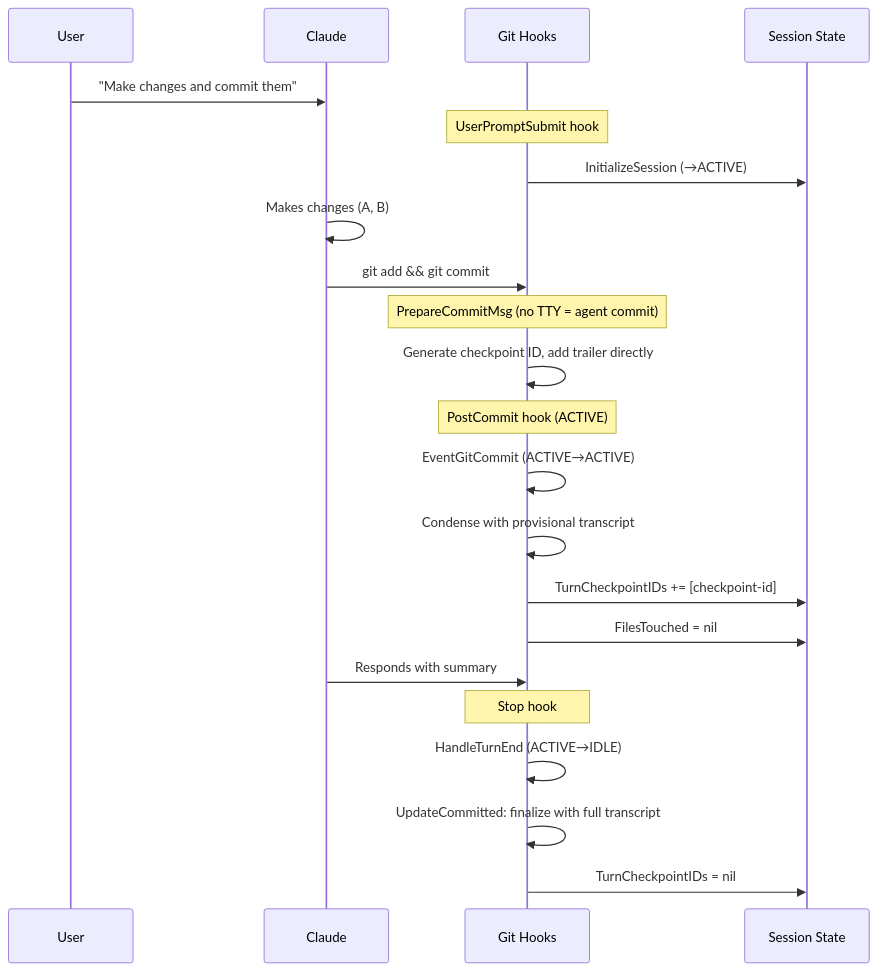
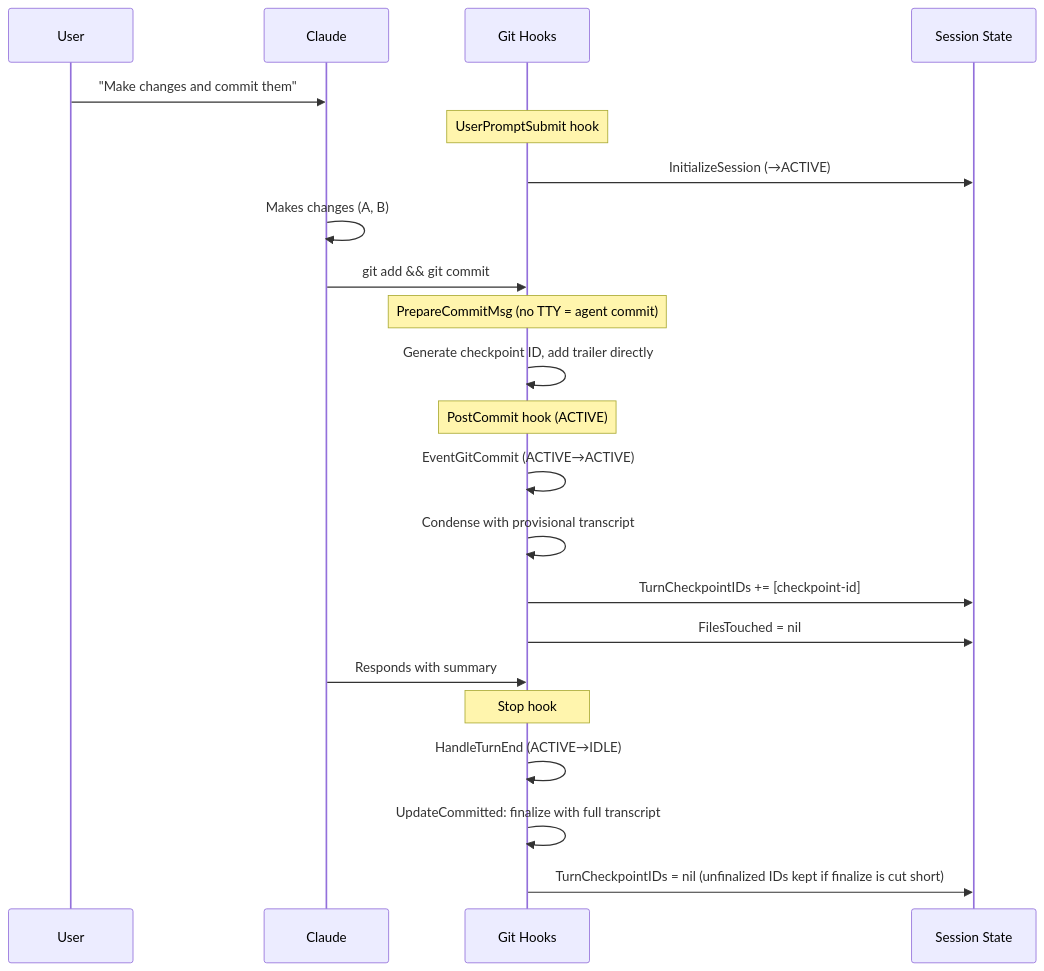
The third of 10 diagrams in docs/architecture/checkpoint-scenarios.md (Beehtrix/cli), drawn with Mermaid before and after one commit. The commit also changed other lines of this file and 25 other files, not shown here.

````diff
--- a/docs/architecture/checkpoint-scenarios.md
+++ b/docs/architecture/checkpoint-scenarios.md
@@ -76,29 +76,29 @@
 ```mermaid
 sequenceDiagram
     participant U as User
     participant C as Claude
     participant G as Git Hooks
     participant S as Session State
 
     U->>C: "Make changes and commit them"
     Note over G: UserPromptSubmit hook
     G->>S: InitializeSession (→ACTIVE)
 
     C->>C: Makes changes (A, B)
     C->>G: git add && git commit
 
     Note over G: PrepareCommitMsg (no TTY = agent commit)
     G->>G: Generate checkpoint ID, add trailer directly
 
     Note over G: PostCommit hook (ACTIVE)
     G->>G: EventGitCommit (ACTIVE→ACTIVE)
     G->>G: Condense with provisional transcript
     G->>S: TurnCheckpointIDs += [checkpoint-id]
     G->>S: FilesTouched = nil
 
     C->>G: Responds with summary
     Note over G: Stop hook
     G->>G: HandleTurnEnd (ACTIVE→IDLE)
     G->>G: UpdateCommitted: finalize with full transcript
-    G->>S: TurnCheckpointIDs = nil
+    G->>S: TurnCheckpointIDs = nil (unfinalized IDs kept if finalize is cut short)
 ```
````
